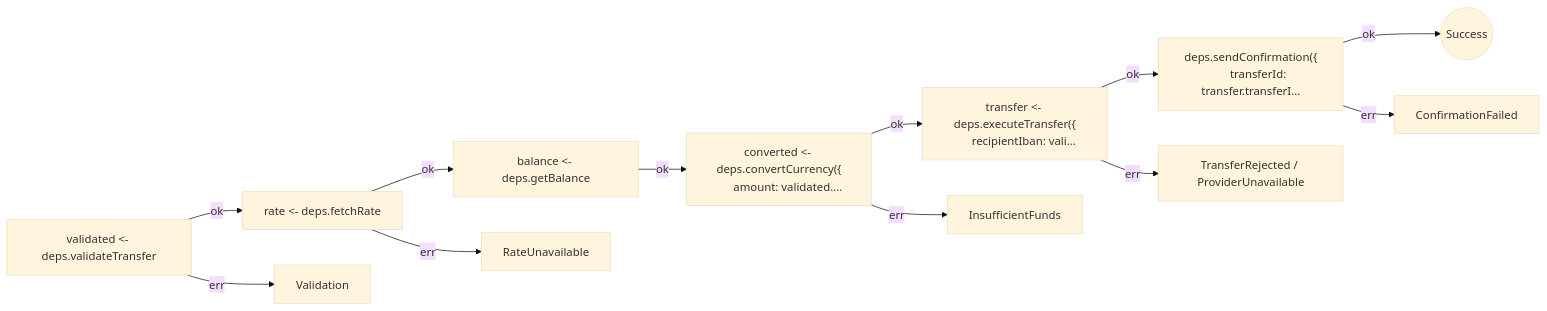
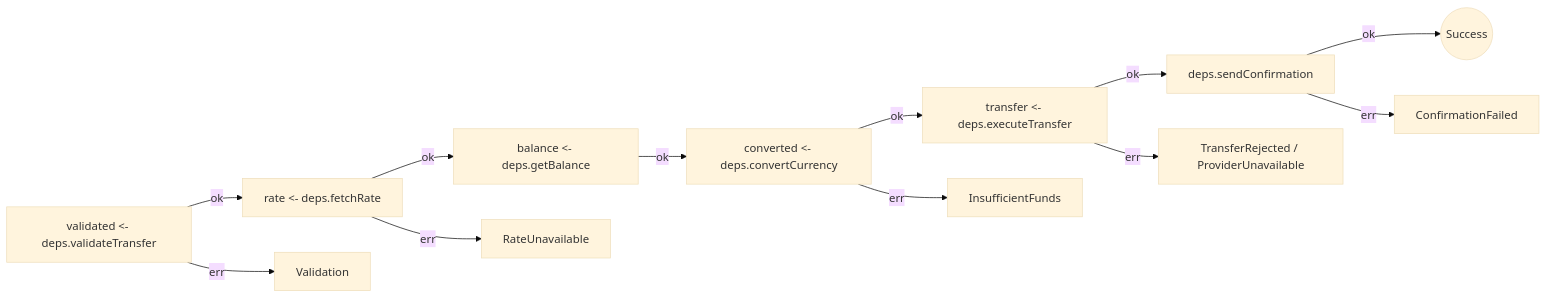
The diagram in apps/docs/samples/observability-transfer/evolution/raw/step-5-railway.mmd (jagreehal/effect-analyzer), drawn with Mermaid (base theme) before and after one commit. The commit also changed 95 other files, not shown here.

```diff
--- a/apps/docs/samples/observability-transfer/evolution/raw/step-5-railway.mmd
+++ b/apps/docs/samples/observability-transfer/evolution/raw/step-5-railway.mmd
@@ -1,15 +1,12 @@
 flowchart LR
   A["validated #lt;- deps.validateTransfer"] -->|ok| B["rate #lt;- deps.fetchRate"]
   B -->|ok| C["balance #lt;- deps.getBalance"]
-  C -->|ok| D["converted #lt;- deps.convertCurrency#lpar;{
-      amount: validated.…"]
-  D -->|ok| E["transfer #lt;- deps.executeTransfer#lpar;{
-      recipientIban: vali…"]
-  E -->|ok| F["deps.sendConfirmation#lpar;{
-      transferId: transfer.transferI…"]
+  C -->|ok| D["converted #lt;- deps.convertCurrency"]
+  D -->|ok| E["transfer #lt;- deps.executeTransfer"]
+  E -->|ok| F["deps.sendConfirmation"]
   F -->|ok| Done((Success))
   A -->|err| AE["Validation"]
   B -->|err| BE["RateUnavailable"]
   D -->|err| DE["InsufficientFunds"]
   E -->|err| EE["TransferRejected / ProviderUnavailable"]
   F -->|err| FE["ConfirmationFailed"]
```
